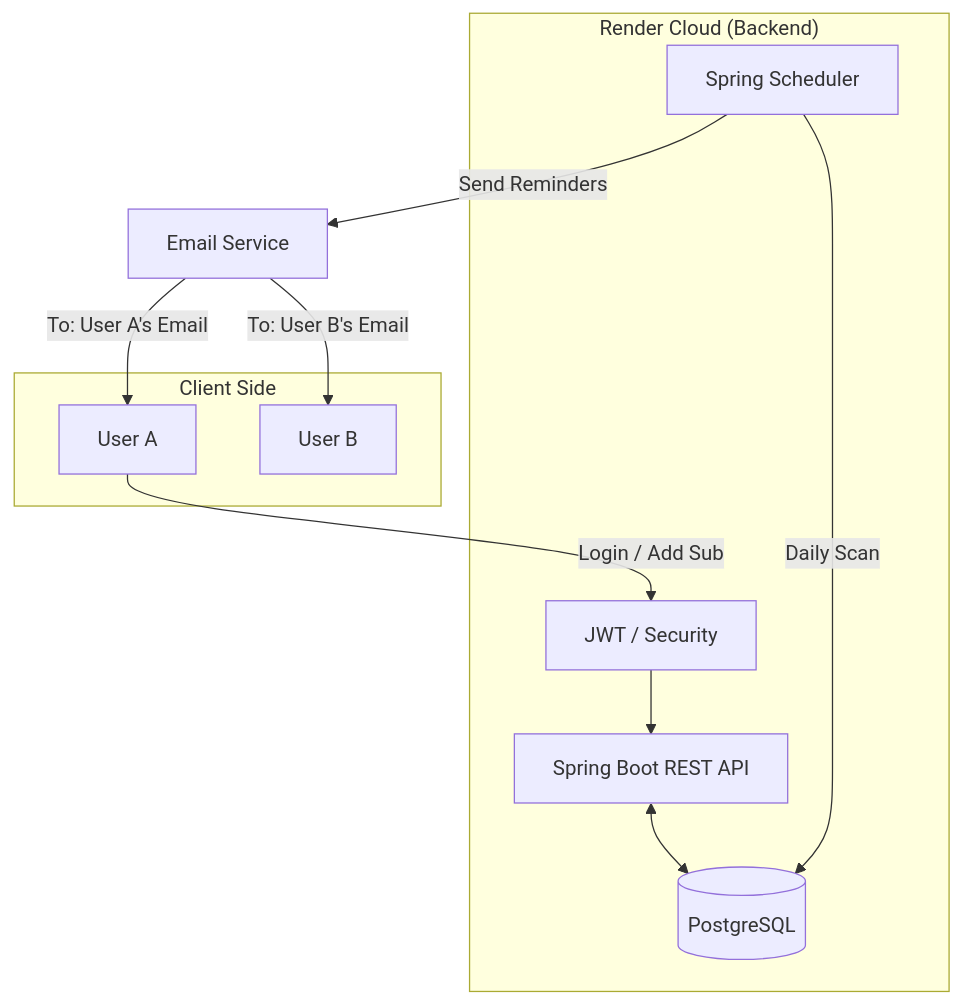
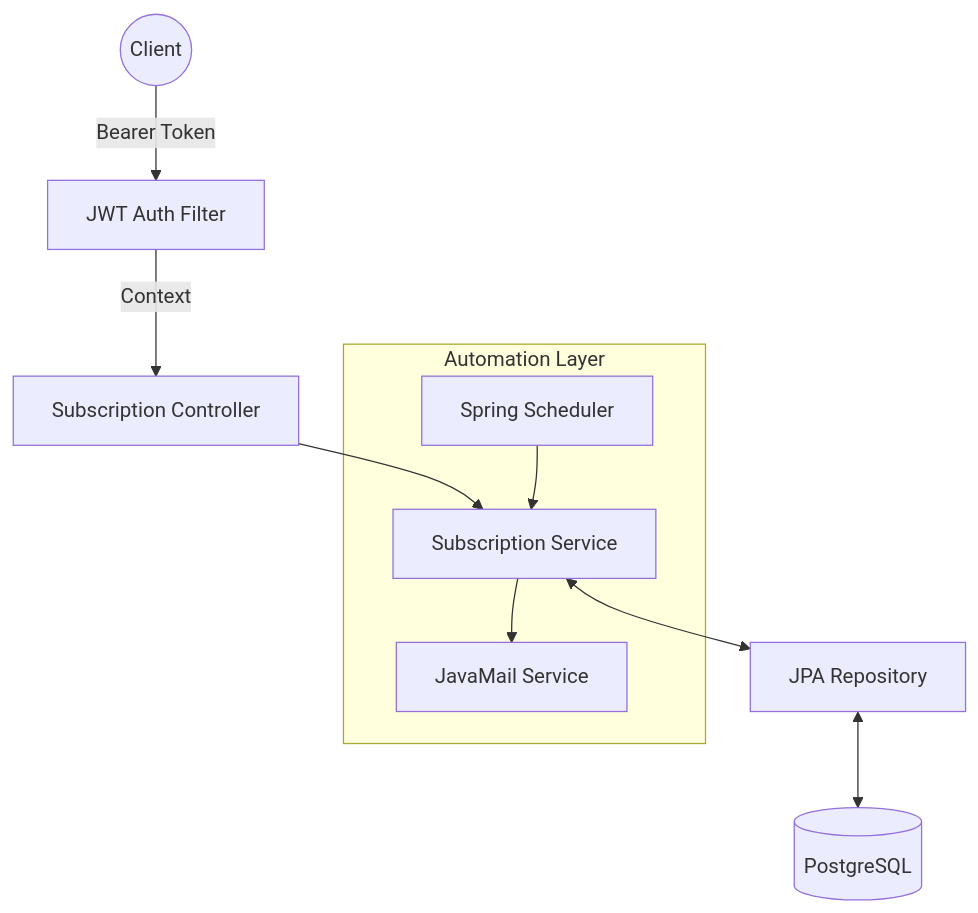
Before and after one commit to pizzaInmystomach/Subscription-Tracker: the first of 2 diagrams in README.md, drawn with Mermaid. The commit also changed other lines of this file, not shown here.

First line of the commit message:
Enhance README with backend features and setup instructions

````diff
--- a/README.md
+++ b/README.md
@@ -102,24 +150,13 @@
 ```mermaid
 graph TD
-    subgraph "Client Side"
-        UserA[User A]
-        UserB[User B]
+    User((Client)) -- "Bearer Token" --> Filter[JWT Auth Filter]
+    Filter -- "Context" --> Controller[Subscription Controller]
+    Controller --> Service[Subscription Service]
+    Service <--> Repo[JPA Repository]
+    Repo <--> DB[(PostgreSQL)]
+
+    subgraph "Automation Layer"
+        Cron[Spring Scheduler] --> Service
+        Service --> Mail[JavaMail Service]
     end
-
-    subgraph "Render Cloud (Backend)"
-        API[Spring Boot REST API]
-        Auth[JWT / Security]
-        DB[(PostgreSQL)]
-        Task[Spring Scheduler]
-    end
-
-    UserA -- "Login / Add Sub" --> Auth
-    Auth --> API
-    API <--> DB
-    
-    Task -- "Daily Scan" --> DB
-    Task -- "Send Reminders" --> Mail[Email Service]
-    
-    Mail -- "To: User A's Email" --> UserA
-    Mail -- "To: User B's Email" --> UserB
 ```
````
